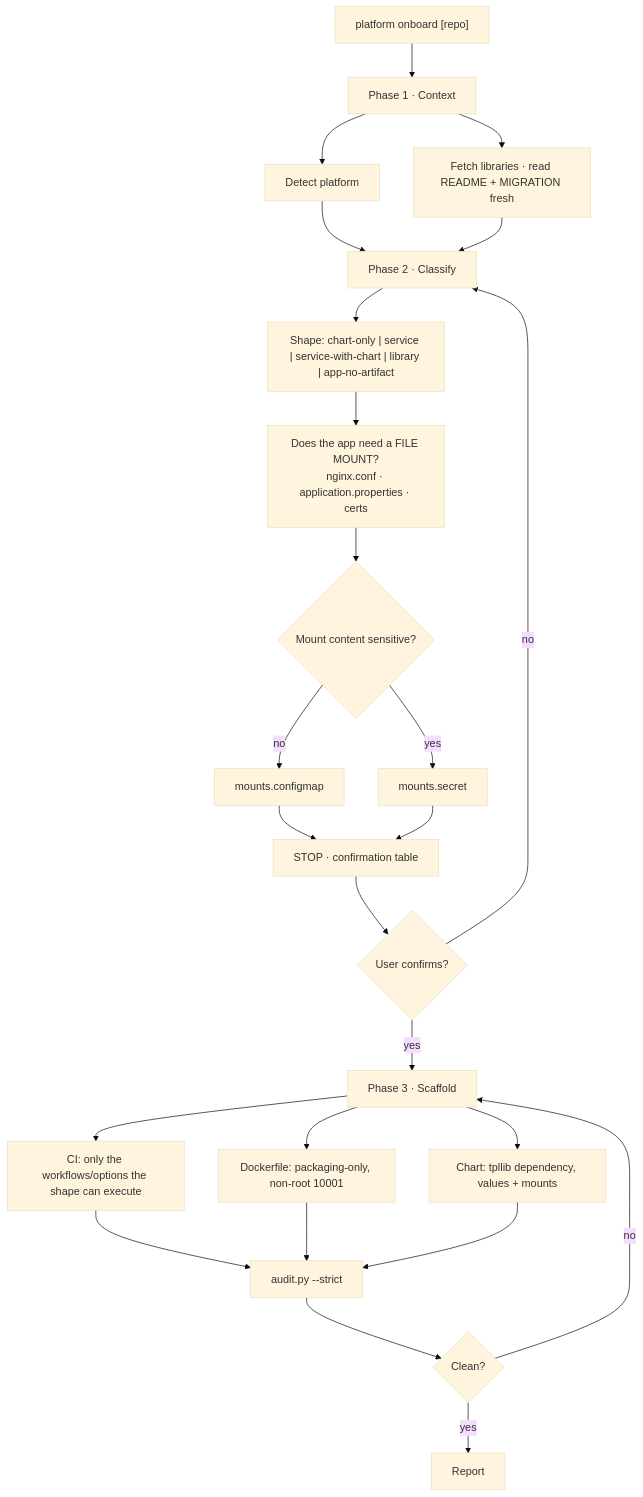
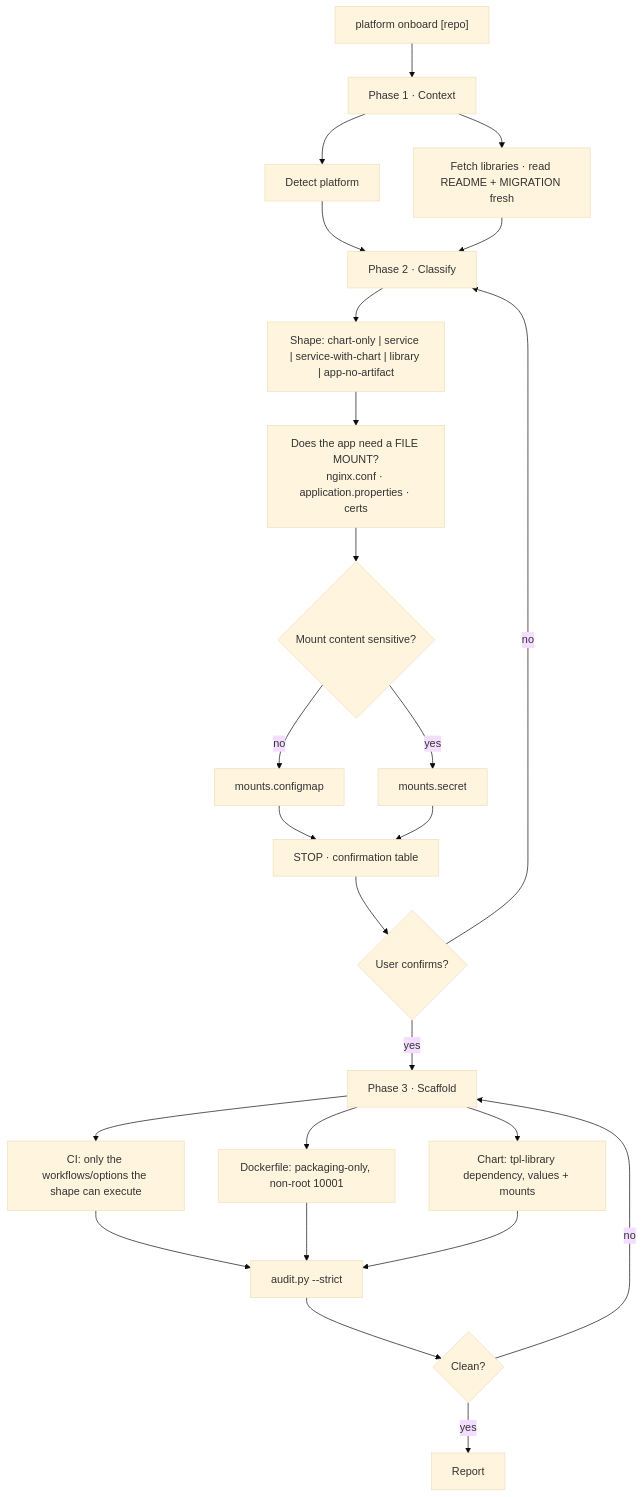
Before and after one commit to grootan-devops/ai-skills: the second of 2 diagrams in platform-builder/README.md, drawn with Mermaid (base theme). The commit also changed other lines of this file and 7 other files, not shown here.

Commit message:
docs: rename shared chart to tpl-library

````diff
--- a/platform-builder/README.md
+++ b/platform-builder/README.md
@@ -178,30 +178,30 @@
 ```mermaid
 flowchart TD
     A["platform onboard [repo]"] --> B["Phase 1 · Context"]
     B --> B1["Detect platform"]
     B --> B2["Fetch libraries · read README + MIGRATION fresh"]
 
     B1 --> C["Phase 2 · Classify"]
     B2 --> C
     C --> C1["Shape: chart-only | service | service-with-chart | library | app-no-artifact"]
     C1 --> C2["Does the app need a FILE MOUNT?<br/>nginx.conf · application.properties · certs"]
     C2 --> C3{"Mount content sensitive?"}
     C3 -- no --> C4["mounts.configmap"]
     C3 -- yes --> C5["mounts.secret"]
 
     C4 --> D["STOP · confirmation table"]
     C5 --> D
     D --> E{"User confirms?"}
     E -- no --> C
     E -- yes --> F["Phase 3 · Scaffold"]
 
     F --> F1["CI: only the workflows/options the shape can execute"]
     F --> F2["Dockerfile: packaging-only, non-root 10001"]
-    F --> F3["Chart: tpllib dependency, values + mounts"]
+    F --> F3["Chart: tpl-library dependency, values + mounts"]
     F1 --> G["audit.py --strict"]
     F2 --> G
     F3 --> G
     G --> H{"Clean?"}
     H -- no --> F
     H -- yes --> I["Report"]
 ```
````
